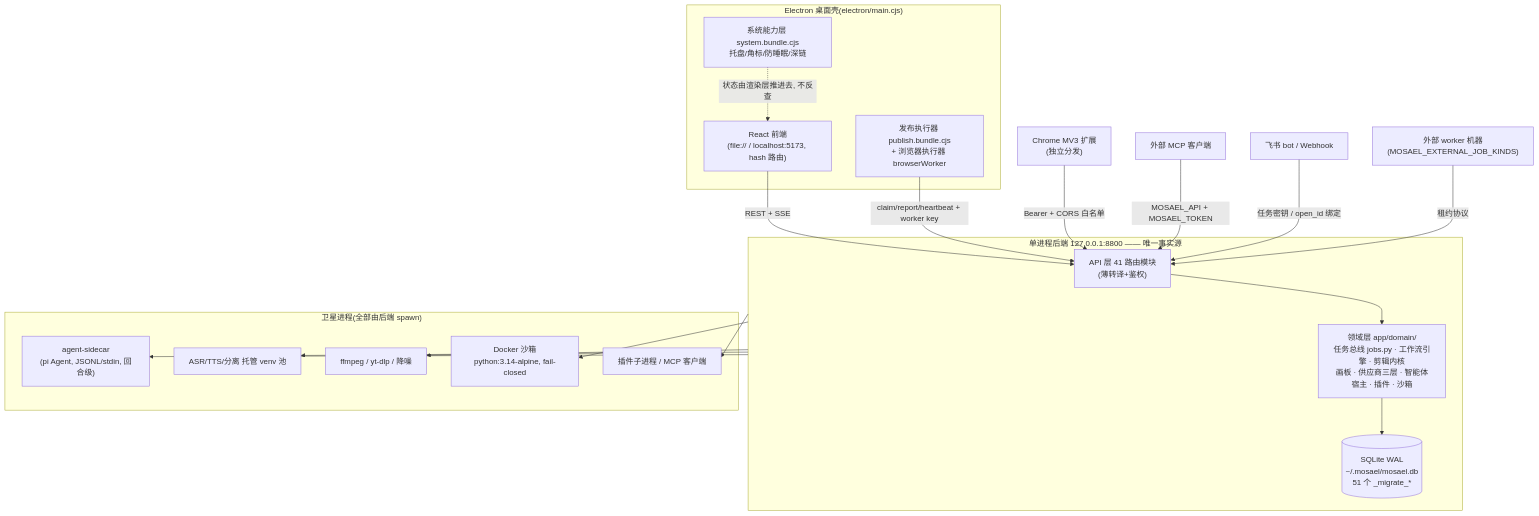
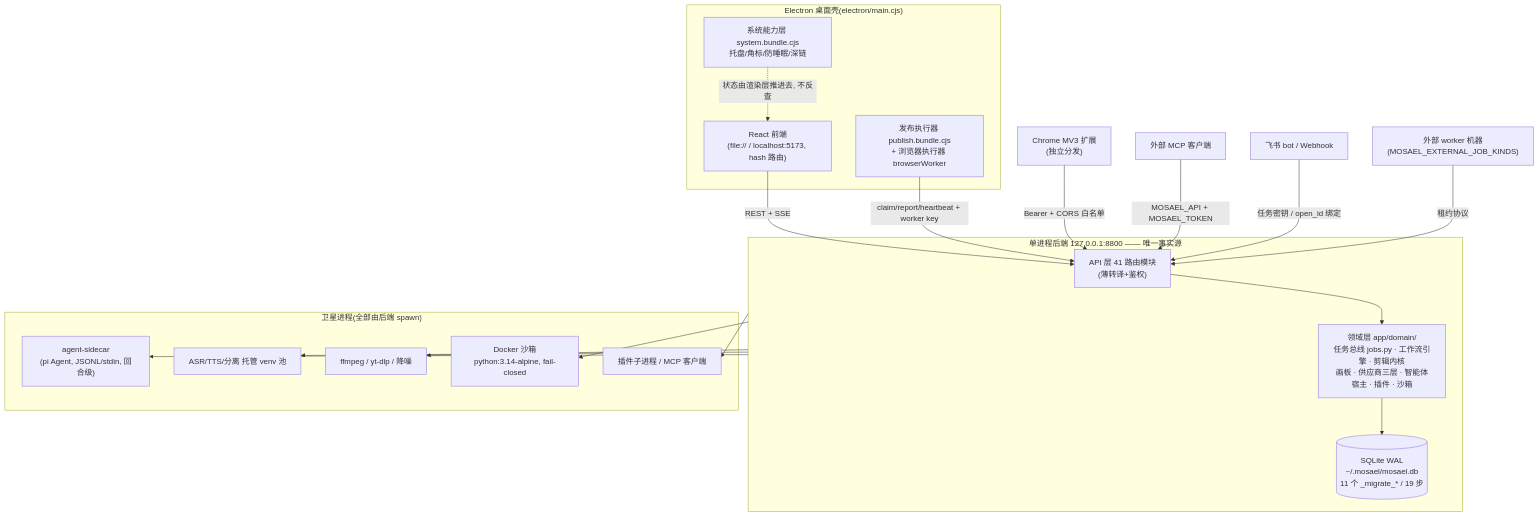
One commit to Alndaly/Mosael changed the first of 8 diagrams in docs/analysis/REPORT.md. Above: the diagram before and after it, drawn with Mermaid. The commit also changed other lines of this file and 172 other files, not shown here.

````diff
--- a/docs/analysis/REPORT.md
+++ b/docs/analysis/REPORT.md
@@ -28,37 +28,37 @@
 ```mermaid
 graph TB
     subgraph Desktop["Electron 桌面壳(electron/main.cjs)"]
         UI["React 前端<br/>(file:// / localhost:5173, hash 路由)"]
         PW["发布执行器 publish.bundle.cjs<br/>+ 浏览器执行器 browserWorker"]
         SYS["系统能力层 system.bundle.cjs<br/>托盘/角标/防睡眠/深链"]
     end
 
     subgraph Core["单进程后端 127.0.0.1:8800 —— 唯一事实源"]
         API["API 层 41 路由模块<br/>(薄转译+鉴权)"]
         DOM["领域层 app/domain/<br/>任务总线 jobs.py · 工作流引擎 · 剪辑内核<br/>画板 · 供应商三层 · 智能体宿主 · 插件 · 沙箱"]
-        DB[("SQLite WAL<br/>~/.mosael/mosael.db<br/>51 个 _migrate_*")]
+        DB[("SQLite WAL<br/>~/.mosael/mosael.db<br/>11 个 _migrate_* / 19 步")]
         API --> DOM --> DB
     end
 
     subgraph Satellites["卫星进程(全部由后端 spawn)"]
         SC["agent-sidecar<br/>(pi Agent, JSONL/stdin, 回合级)"]
         AI["ASR/TTS/分离 托管 venv 池"]
         FF["ffmpeg / yt-dlp / 降噪"]
         SB["Docker 沙箱<br/>python:3.14-alpine, fail-closed"]
         PL["插件子进程 / MCP 客户端"]
     end
 
     EXT["Chrome MV3 扩展<br/>(独立分发)"]
     MCP["外部 MCP 客户端"]
     FS["飞书 bot / Webhook"]
     EXTW["外部 worker 机器<br/>(MOSAEL_EXTERNAL_JOB_KINDS)"]
 
     UI -->|REST + SSE| API
     PW -->|claim/report/heartbeat + worker key| API
     EXT -->|Bearer + CORS 白名单| API
     MCP -->|MOSAEL_API + MOSAEL_TOKEN| API
     FS -->|任务密钥 / open_id 绑定| API
     EXTW -->|租约协议| API
     Core --> SC & AI & FF & SB & PL
     SYS -.->|状态由渲染层推进去, 不反查| UI
 ```
````
